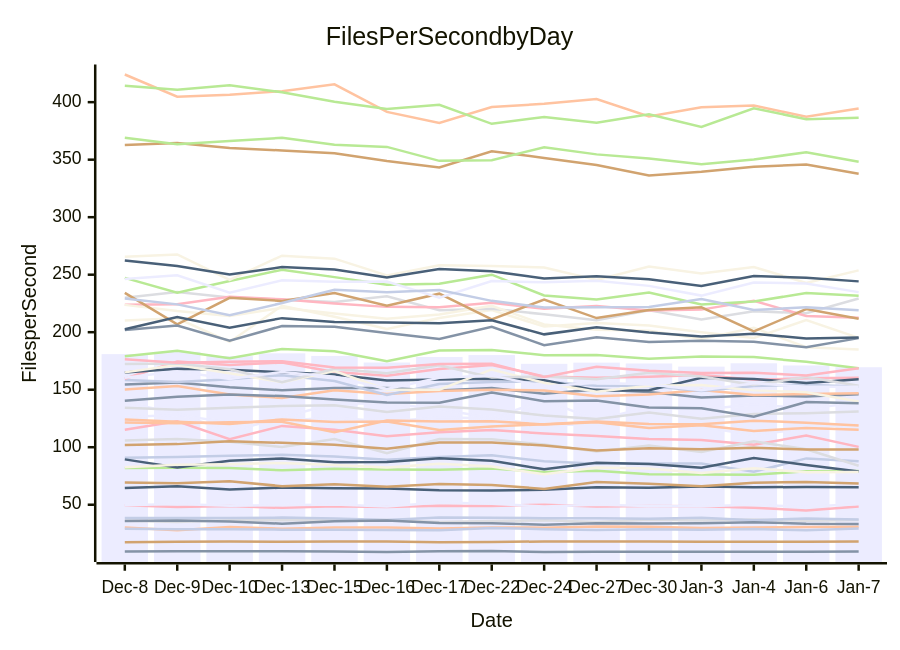
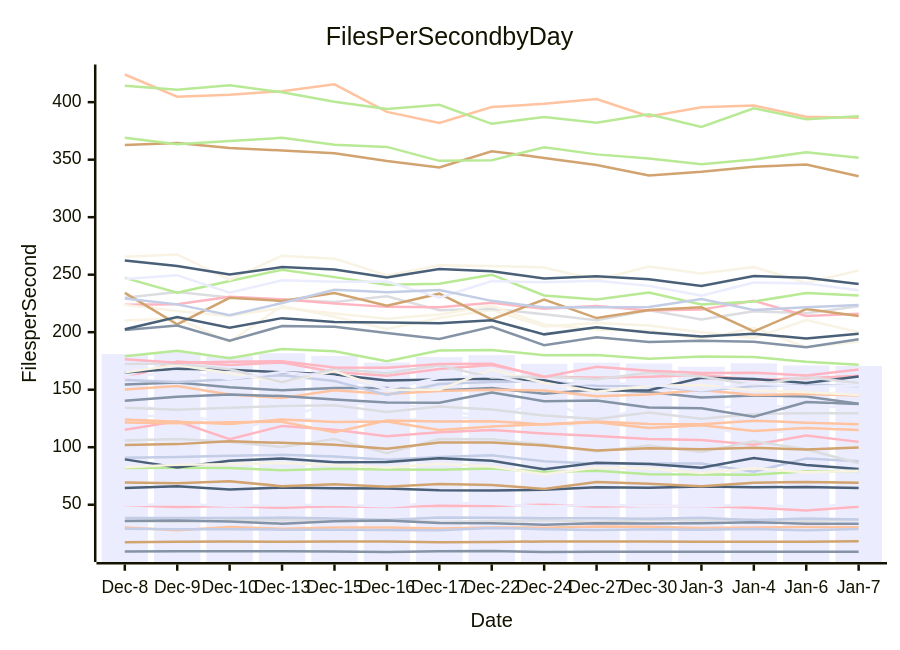
The diagram in perf-report.md (streetsidesoftware/cspell), drawn with Mermaid before and after one commit. The commit also changed other lines of this file and 1 other file, not shown here.

````diff
--- a/perf-report.md
+++ b/perf-report.md
@@ -10,57 +10,57 @@
 ```mermaid
 xychart-beta
     title Files Per Second by Day
     y-axis Files per Second
     x-axis Date [Dec-8, Dec-9, Dec-10, Dec-13, Dec-15, Dec-16, Dec-17, Dec-22, Dec-24, Dec-27, Dec-30, Jan-3, Jan-4, Jan-6, Jan-7]
-    bar [180.95, 182.95, 179.19, 181.65, 179.36, 173.64, 178.43, 180.09, 172.48, 173.54, 172.79, 170.07, 172.98, 171.06, 169.55]
-    line [9.33, 9.47, 9.61, 9.47, 9.27, 8.94, 9.45, 9.78, 8.90, 9.07, 9.12, 9.16, 9.11, 9.12, 9.24]
-    line [30.17, 27.90, 30.55, 29.22, 30.21, 30.10, 29.27, 30.24, 30.04, 30.99, 30.88, 29.79, 30.12, 30.58, 30.78]
-    line [36.16, 34.90, 36.59, 36.61, 36.51, 36.62, 35.07, 35.79, 36.55, 35.09, 36.98, 36.38, 37.08, 36.07, 36.62]
-    line [179.18, 183.86, 177.29, 185.44, 183.45, 174.84, 184.02, 184.52, 180.06, 180.25, 176.99, 178.92, 178.38, 174.22, 168.62]
-    line [17.46, 17.89, 18.13, 17.78, 18.13, 17.93, 17.37, 17.53, 18.08, 17.97, 17.93, 17.83, 17.83, 17.89, 18.04]
-    line [38.54, 38.36, 38.36, 38.81, 38.12, 36.63, 38.97, 38.70, 38.32, 38.26, 37.85, 38.77, 36.54, 38.02, 37.24]
-    line [115.20, 122.48, 107.06, 118.54, 115.18, 109.59, 113.00, 115.03, 111.88, 109.68, 107.07, 106.25, 102.14, 110.16, 100.31]
-    line [64.51, 66.15, 63.18, 64.91, 64.35, 64.10, 62.51, 62.39, 63.01, 65.26, 64.66, 65.89, 65.11, 65.47, 65.21]
-    line [210.15, 212.06, 191.55, 223.01, 213.39, 202.82, 212.32, 219.19, 204.86, 207.97, 205.76, 199.93, 194.96, 210.48, 195.05]
-    line [126.37, 128.11, 121.50, 122.96, 125.85, 122.14, 126.07, 124.95, 119.60, 119.43, 120.64, 117.82, 110.33, 116.53, 120.24]
-    line [154.58, 156.25, 152.15, 149.54, 151.43, 151.38, 149.35, 151.56, 146.50, 150.10, 148.04, 143.32, 145.06, 144.14, 146.10]
-    line [150.14, 153.13, 145.78, 142.78, 149.53, 146.32, 148.93, 149.89, 149.32, 144.39, 145.93, 149.70, 145.36, 146.19, 147.01]
-    line [229.87, 234.86, 230.17, 228.31, 226.27, 231.21, 219.13, 220.31, 215.56, 210.39, 219.17, 210.98, 218.13, 216.47, 229.26]
-    line [81.95, 82.06, 81.96, 79.96, 81.37, 80.53, 80.51, 81.49, 78.49, 79.44, 76.50, 76.34, 76.08, 79.03, 79.27]
-    line [362.78, 364.44, 360.18, 358.05, 355.49, 348.84, 343.31, 357.38, 351.53, 345.39, 336.17, 339.40, 343.93, 345.83, 337.80]
-    line [90.85, 91.43, 92.60, 93.37, 91.85, 89.18, 91.59, 93.06, 87.76, 85.72, 85.81, 85.78, 78.64, 90.27, 87.84]
-    line [223.81, 224.38, 230.73, 228.56, 225.00, 222.02, 221.71, 225.51, 220.33, 222.69, 218.79, 219.63, 227.40, 214.16, 212.57]
-    line [89.44, 82.46, 88.30, 90.18, 86.83, 87.07, 90.37, 88.26, 80.81, 86.47, 85.34, 82.22, 90.61, 84.54, 78.87]
-    line [223.76, 218.34, 214.11, 221.23, 216.34, 211.66, 215.40, 222.98, 206.68, 202.06, 201.20, 194.13, 203.79, 186.99, 185.00]
-    line [138.92, 129.58, 113.42, 125.88, 138.00, 137.98, 133.31, 125.20, 140.89, 123.76, 134.99, 132.64, 137.41, 133.47, 138.80]
-    line [35.78, 36.33, 35.41, 33.56, 35.56, 36.21, 34.19, 33.89, 32.69, 33.95, 33.78, 33.96, 34.86, 33.41, 33.30]
-    line [424.05, 404.78, 406.35, 409.54, 415.50, 391.53, 381.89, 395.71, 398.52, 402.79, 387.60, 395.60, 397.05, 387.31, 394.51]
-    line [134.36, 132.66, 134.27, 135.78, 136.38, 130.55, 135.39, 132.89, 127.54, 124.61, 130.19, 124.72, 128.97, 129.63, 131.05]
-    line [247.23, 234.36, 244.44, 254.37, 247.88, 241.35, 242.19, 249.98, 231.90, 228.38, 234.40, 224.05, 226.75, 234.01, 231.71]
-    line [234.25, 206.87, 229.87, 227.19, 234.07, 222.96, 233.49, 211.10, 228.39, 212.27, 219.38, 221.60, 200.66, 220.18, 211.75]
-    line [158.53, 156.72, 159.18, 162.67, 157.64, 145.39, 155.01, 156.77, 157.19, 153.46, 153.21, 148.91, 153.20, 154.41, 152.60]
-    line [159.51, 174.62, 171.51, 173.65, 165.49, 162.20, 168.07, 171.52, 161.55, 160.38, 161.25, 162.72, 158.59, 160.02, 160.45]
-    line [165.03, 168.12, 167.40, 165.15, 163.12, 158.04, 158.90, 159.56, 158.26, 149.38, 149.63, 160.44, 159.38, 155.94, 159.16]
-    line [265.50, 267.60, 245.47, 266.55, 263.96, 249.42, 258.13, 257.62, 256.30, 245.45, 257.10, 251.12, 256.72, 242.84, 253.75]
-    line [246.33, 249.46, 234.43, 245.12, 243.88, 243.97, 230.01, 244.43, 243.32, 244.74, 240.28, 231.82, 243.15, 242.35, 234.85]
-    line [201.98, 205.78, 192.58, 205.45, 204.82, 199.34, 194.10, 204.78, 188.75, 195.62, 191.45, 192.64, 191.68, 186.85, 194.86]
-    line [121.45, 120.76, 121.79, 122.20, 112.97, 123.23, 122.39, 122.57, 119.82, 121.66, 116.64, 119.03, 114.16, 116.74, 115.14]
-    line [105.91, 107.21, 104.66, 100.11, 107.13, 94.87, 107.05, 106.83, 102.33, 96.35, 101.39, 95.92, 105.11, 98.16, 83.87]
-    line [414.20, 410.80, 414.80, 408.65, 400.36, 394.11, 397.72, 381.16, 387.10, 382.18, 389.40, 378.43, 394.66, 385.25, 386.48]
-    line [101.95, 102.69, 105.10, 103.83, 102.19, 98.64, 104.01, 104.04, 101.53, 97.16, 99.08, 98.33, 99.60, 97.96, 98.11]
-    line [29.10, 28.75, 28.65, 28.35, 28.26, 28.09, 27.81, 29.86, 28.77, 27.94, 28.71, 28.29, 28.89, 27.76, 29.24]
-    line [49.59, 47.97, 48.84, 47.30, 48.59, 47.94, 49.07, 48.96, 49.98, 48.46, 48.82, 48.74, 47.38, 44.97, 48.37]
-    line [262.31, 257.60, 250.13, 256.58, 254.55, 247.67, 254.88, 252.93, 246.70, 248.73, 245.95, 240.13, 248.92, 247.35, 244.19]
-    line [165.08, 171.54, 164.38, 156.51, 166.27, 150.03, 149.99, 167.61, 155.99, 148.15, 153.37, 154.17, 149.42, 147.86, 139.80]
-    line [49.51, 50.73, 49.15, 49.54, 50.29, 48.39, 51.90, 50.84, 48.41, 49.94, 48.88, 48.70, 49.88, 48.16, 50.58]
-    line [140.38, 143.82, 145.78, 144.45, 141.51, 138.80, 138.75, 147.65, 140.01, 140.67, 134.58, 133.84, 126.46, 139.31, 138.22]
-    line [124.16, 122.14, 120.17, 124.20, 121.82, 122.30, 114.99, 117.98, 119.98, 122.26, 120.11, 120.07, 122.96, 121.36, 118.78]
-    line [172.44, 172.82, 167.78, 156.48, 168.20, 164.35, 171.17, 160.66, 161.47, 159.18, 164.75, 161.43, 154.09, 160.97, 153.47]
-    line [369.08, 363.46, 366.29, 369.00, 363.03, 361.09, 348.96, 349.43, 360.81, 354.60, 350.95, 345.98, 350.21, 356.35, 348.28]
-    line [69.32, 68.69, 70.43, 66.11, 67.91, 65.71, 68.06, 67.11, 63.78, 69.83, 68.15, 65.99, 69.11, 69.77, 68.55]
-    line [229.24, 224.19, 214.79, 225.36, 236.86, 234.70, 236.77, 227.25, 221.39, 221.64, 222.00, 228.77, 219.30, 221.68, 219.02]
-    line [176.41, 173.41, 174.24, 174.74, 169.36, 169.15, 172.44, 172.46, 160.97, 170.04, 166.42, 164.47, 164.70, 162.35, 168.62]
-    line [202.50, 213.14, 203.97, 212.22, 208.88, 208.37, 207.77, 210.28, 198.12, 204.40, 199.78, 196.30, 198.61, 194.45, 195.32]
-    line [82.54, 84.79, 85.17, 86.33, 84.51, 82.32, 85.67, 83.25, 76.44, 82.43, 81.41, 77.52, 81.68, 78.20, 78.55]
-    line [160.40, 166.00, 159.37, 165.42, 161.29, 150.68, 160.30, 162.32, 152.82, 156.10, 154.49, 149.59, 155.51, 152.61, 152.48]
+    bar [180.95, 182.95, 179.19, 181.65, 179.36, 173.64, 178.43, 180.09, 172.48, 173.54, 172.79, 170.07, 172.98, 171.06, 170.63]
+    line [9.33, 9.47, 9.61, 9.47, 9.27, 8.94, 9.45, 9.78, 8.90, 9.07, 9.12, 9.16, 9.11, 9.12, 9.14]
+    line [30.17, 27.90, 30.55, 29.22, 30.21, 30.10, 29.27, 30.24, 30.04, 30.99, 30.88, 29.79, 30.12, 30.58, 30.44]
+    line [36.16, 34.90, 36.59, 36.61, 36.51, 36.62, 35.07, 35.79, 36.55, 35.09, 36.98, 36.38, 37.08, 36.07, 36.65]
+    line [179.18, 183.86, 177.29, 185.44, 183.45, 174.84, 184.02, 184.52, 180.06, 180.25, 176.99, 178.92, 178.38, 174.22, 171.75]
+    line [17.46, 17.89, 18.13, 17.78, 18.13, 17.93, 17.37, 17.53, 18.08, 17.97, 17.93, 17.83, 17.83, 17.89, 18.19]
+    line [38.54, 38.36, 38.36, 38.81, 38.12, 36.63, 38.97, 38.70, 38.32, 38.26, 37.85, 38.77, 36.54, 38.02, 37.20]
+    line [115.20, 122.48, 107.06, 118.54, 115.18, 109.59, 113.00, 115.03, 111.88, 109.68, 107.07, 106.25, 102.14, 110.16, 104.65]
+    line [64.51, 66.15, 63.18, 64.91, 64.35, 64.10, 62.51, 62.39, 63.01, 65.26, 64.66, 65.89, 65.11, 65.47, 64.47]
+    line [210.15, 212.06, 191.55, 223.01, 213.39, 202.82, 212.32, 219.19, 204.86, 207.97, 205.76, 199.93, 194.96, 210.48, 200.08]
+    line [126.37, 128.11, 121.50, 122.96, 125.85, 122.14, 126.07, 124.95, 119.60, 119.43, 120.64, 117.82, 110.33, 116.53, 120.08]
+    line [154.58, 156.25, 152.15, 149.54, 151.43, 151.38, 149.35, 151.56, 146.50, 150.10, 148.04, 143.32, 145.06, 144.14, 137.83]
+    line [150.14, 153.13, 145.78, 142.78, 149.53, 146.32, 148.93, 149.89, 149.32, 144.39, 145.93, 149.70, 145.36, 146.19, 145.02]
+    line [229.87, 234.86, 230.17, 228.31, 226.27, 231.21, 219.13, 220.31, 215.56, 210.39, 219.17, 210.98, 218.13, 216.47, 222.63]
+    line [81.95, 82.06, 81.96, 79.96, 81.37, 80.53, 80.51, 81.49, 78.49, 79.44, 76.50, 76.34, 76.08, 79.03, 79.23]
+    line [362.78, 364.44, 360.18, 358.05, 355.49, 348.84, 343.31, 357.38, 351.53, 345.39, 336.17, 339.40, 343.93, 345.83, 335.66]
+    line [90.85, 91.43, 92.60, 93.37, 91.85, 89.18, 91.59, 93.06, 87.76, 85.72, 85.81, 85.78, 78.64, 90.27, 87.90]
+    line [223.81, 224.38, 230.73, 228.56, 225.00, 222.02, 221.71, 225.51, 220.33, 222.69, 218.79, 219.63, 227.40, 214.16, 216.11]
+    line [89.44, 82.46, 88.30, 90.18, 86.83, 87.07, 90.37, 88.26, 80.81, 86.47, 85.34, 82.22, 90.61, 84.54, 80.98]
+    line [223.76, 218.34, 214.11, 221.23, 216.34, 211.66, 215.40, 222.98, 206.68, 202.06, 201.20, 194.13, 203.79, 186.99, 191.85]
+    line [138.92, 129.58, 113.42, 125.88, 138.00, 137.98, 133.31, 125.20, 140.89, 123.76, 134.99, 132.64, 137.41, 133.47, 136.71]
+    line [35.78, 36.33, 35.41, 33.56, 35.56, 36.21, 34.19, 33.89, 32.69, 33.95, 33.78, 33.96, 34.86, 33.41, 33.47]
+    line [424.05, 404.78, 406.35, 409.54, 415.50, 391.53, 381.89, 395.71, 398.52, 402.79, 387.60, 395.60, 397.05, 387.31, 386.47]
+    line [134.36, 132.66, 134.27, 135.78, 136.38, 130.55, 135.39, 132.89, 127.54, 124.61, 130.19, 124.72, 128.97, 129.63, 129.57]
+    line [247.23, 234.36, 244.44, 254.37, 247.88, 241.35, 242.19, 249.98, 231.90, 228.38, 234.40, 224.05, 226.75, 234.01, 231.87]
+    line [234.25, 206.87, 229.87, 227.19, 234.07, 222.96, 233.49, 211.10, 228.39, 212.27, 219.38, 221.60, 200.66, 220.18, 213.99]
+    line [158.53, 156.72, 159.18, 162.67, 157.64, 145.39, 155.01, 156.77, 157.19, 153.46, 153.21, 148.91, 153.20, 154.41, 153.05]
+    line [159.51, 174.62, 171.51, 173.65, 165.49, 162.20, 168.07, 171.52, 161.55, 160.38, 161.25, 162.72, 158.59, 160.02, 162.06]
+    line [165.03, 168.12, 167.40, 165.15, 163.12, 158.04, 158.90, 159.56, 158.26, 149.38, 149.63, 160.44, 159.38, 155.94, 161.49]
+    line [265.50, 267.60, 245.47, 266.55, 263.96, 249.42, 258.13, 257.62, 256.30, 245.45, 257.10, 251.12, 256.72, 242.84, 253.62]
+    line [246.33, 249.46, 234.43, 245.12, 243.88, 243.97, 230.01, 244.43, 243.32, 244.74, 240.28, 231.82, 243.15, 242.35, 236.52]
+    line [201.98, 205.78, 192.58, 205.45, 204.82, 199.34, 194.10, 204.78, 188.75, 195.62, 191.45, 192.64, 191.68, 186.85, 193.93]
+    line [121.45, 120.76, 121.79, 122.20, 112.97, 123.23, 122.39, 122.57, 119.82, 121.66, 116.64, 119.03, 114.16, 116.74, 115.06]
+    line [105.91, 107.21, 104.66, 100.11, 107.13, 94.87, 107.05, 106.83, 102.33, 96.35, 101.39, 95.92, 105.11, 98.16, 86.10]
+    line [414.20, 410.80, 414.80, 408.65, 400.36, 394.11, 397.72, 381.16, 387.10, 382.18, 389.40, 378.43, 394.66, 385.25, 387.67]
+    line [101.95, 102.69, 105.10, 103.83, 102.19, 98.64, 104.01, 104.04, 101.53, 97.16, 99.08, 98.33, 99.60, 97.96, 99.84]
+    line [29.10, 28.75, 28.65, 28.35, 28.26, 28.09, 27.81, 29.86, 28.77, 27.94, 28.71, 28.29, 28.89, 27.76, 28.93]
+    line [49.59, 47.97, 48.84, 47.30, 48.59, 47.94, 49.07, 48.96, 49.98, 48.46, 48.82, 48.74, 47.38, 44.97, 48.20]
+    line [262.31, 257.60, 250.13, 256.58, 254.55, 247.67, 254.88, 252.93, 246.70, 248.73, 245.95, 240.13, 248.92, 247.35, 241.85]
+    line [165.08, 171.54, 164.38, 156.51, 166.27, 150.03, 149.99, 167.61, 155.99, 148.15, 153.37, 154.17, 149.42, 147.86, 145.38]
+    line [49.51, 50.73, 49.15, 49.54, 50.29, 48.39, 51.90, 50.84, 48.41, 49.94, 48.88, 48.70, 49.88, 48.16, 50.54]
+    line [140.38, 143.82, 145.78, 144.45, 141.51, 138.80, 138.75, 147.65, 140.01, 140.67, 134.58, 133.84, 126.46, 139.31, 137.59]
+    line [124.16, 122.14, 120.17, 124.20, 121.82, 122.30, 114.99, 117.98, 119.98, 122.26, 120.11, 120.07, 122.96, 121.36, 120.04]
+    line [172.44, 172.82, 167.78, 156.48, 168.20, 164.35, 171.17, 160.66, 161.47, 159.18, 164.75, 161.43, 154.09, 160.97, 155.89]
+    line [369.08, 363.46, 366.29, 369.00, 363.03, 361.09, 348.96, 349.43, 360.81, 354.60, 350.95, 345.98, 350.21, 356.35, 351.62]
+    line [69.32, 68.69, 70.43, 66.11, 67.91, 65.71, 68.06, 67.11, 63.78, 69.83, 68.15, 65.99, 69.11, 69.77, 69.09]
+    line [229.24, 224.19, 214.79, 225.36, 236.86, 234.70, 236.77, 227.25, 221.39, 221.64, 222.00, 228.77, 219.30, 221.68, 223.62]
+    line [176.41, 173.41, 174.24, 174.74, 169.36, 169.15, 172.44, 172.46, 160.97, 170.04, 166.42, 164.47, 164.70, 162.35, 167.49]
+    line [202.50, 213.14, 203.97, 212.22, 208.88, 208.37, 207.77, 210.28, 198.12, 204.40, 199.78, 196.30, 198.61, 194.45, 198.60]
+    line [82.54, 84.79, 85.17, 86.33, 84.51, 82.32, 85.67, 83.25, 76.44, 82.43, 81.41, 77.52, 81.68, 78.20, 79.53]
+    line [160.40, 166.00, 159.37, 165.42, 161.29, 150.68, 160.30, 162.32, 152.82, 156.10, 154.49, 149.59, 155.51, 152.61, 153.69]
 ```
````
